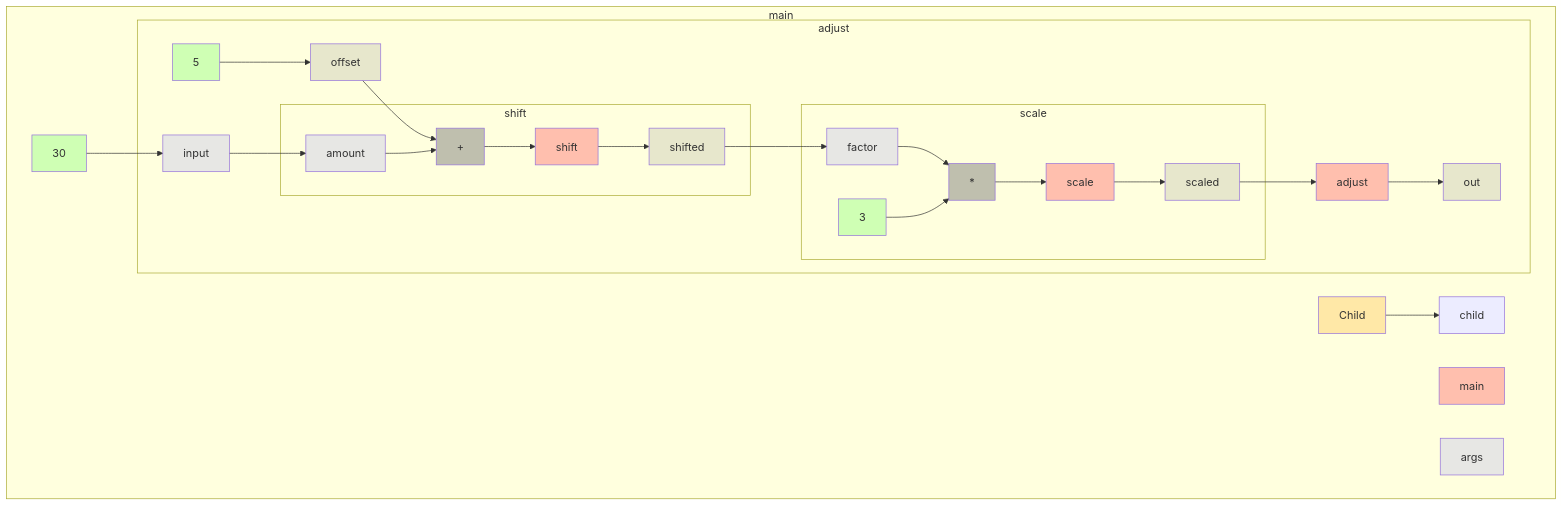
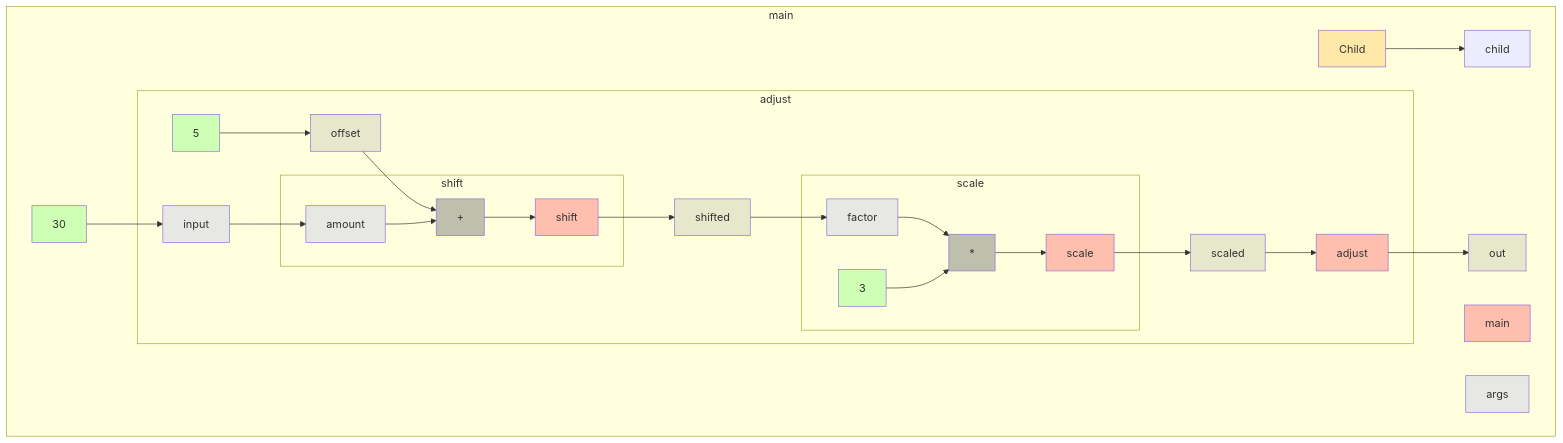
Before and after one commit to gstiebler/codeflow: the diagram in app/src/test/resources/parentMethod/truth.md, drawn with Mermaid. The commit also changed 34 other files, not shown here.

````diff
--- a/app/src/test/resources/parentMethod/truth.md
+++ b/app/src/test/resources/parentMethod/truth.md
@@ -1,52 +1,52 @@
 ```mermaid
 flowchart TD
   subgraph b0["main"]
     n1[main]:::RETURN
     n2[args]:::FUNC_PARAM
     n3[Child]:::EXTERNAL
     n4[child]:::OBJ_VARIABLE
     n5[30]:::LITERAL
     n22[out]:::VARIABLE
     n3[Child]:::EXTERNAL --> n4[child]:::OBJ_VARIABLE
     n5[30]:::LITERAL --> n8[input]:::FUNC_PARAM
+    n7[adjust]:::RETURN --> n22[out]:::VARIABLE
     subgraph b6["adjust"]
       n7[adjust]:::RETURN
       n8[input]:::FUNC_PARAM
       n9[5]:::LITERAL
       n10[offset]:::VARIABLE
       n15[shifted]:::VARIABLE
       n21[scaled]:::VARIABLE
-      n7[adjust]:::RETURN --> n22[out]:::VARIABLE
       n8[input]:::FUNC_PARAM --> n13[amount]:::FUNC_PARAM
       n9[5]:::LITERAL --> n10[offset]:::VARIABLE
       n10[offset]:::VARIABLE --> n14[+]:::BIN_OP
       n15[shifted]:::VARIABLE --> n18[factor]:::FUNC_PARAM
       n21[scaled]:::VARIABLE --> n7[adjust]:::RETURN
+      n12[shift]:::RETURN --> n15[shifted]:::VARIABLE
+      n17[scale]:::RETURN --> n21[scaled]:::VARIABLE
       subgraph b11["shift"]
         n12[shift]:::RETURN
         n13[amount]:::FUNC_PARAM
         n14[+]:::BIN_OP
-        n12[shift]:::RETURN --> n15[shifted]:::VARIABLE
         n13[amount]:::FUNC_PARAM --> n14[+]:::BIN_OP
         n14[+]:::BIN_OP --> n12[shift]:::RETURN
       end
       subgraph b16["scale"]
         n17[scale]:::RETURN
         n18[factor]:::FUNC_PARAM
         n19[3]:::LITERAL
         n20[*]:::BIN_OP
-        n17[scale]:::RETURN --> n21[scaled]:::VARIABLE
         n18[factor]:::FUNC_PARAM --> n20[*]:::BIN_OP
         n19[3]:::LITERAL --> n20[*]:::BIN_OP
         n20[*]:::BIN_OP --> n17[scale]:::RETURN
       end
     end
   end
   classDef LITERAL fill:#00FF0030
   classDef VARIABLE fill:#80808030
   classDef BIN_OP fill:#80808080
   classDef FUNC_PARAM fill:#8080FF30
   classDef RETURN fill:#FF808080
   classDef EXTERNAL fill:#FFA50040
   classDef UNMODELLED fill:#FF000030,stroke-dasharray: 4 2
 ```
````
